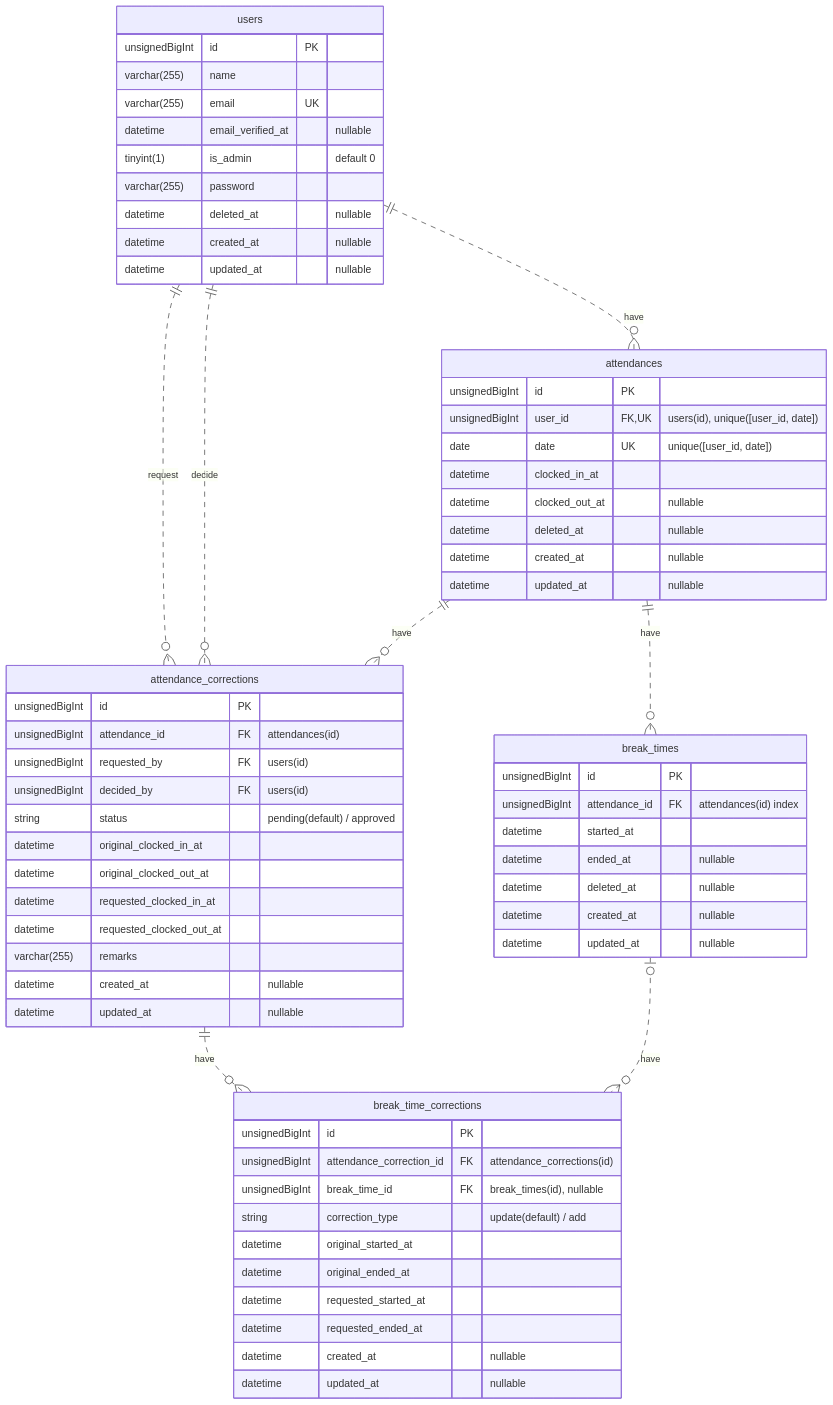
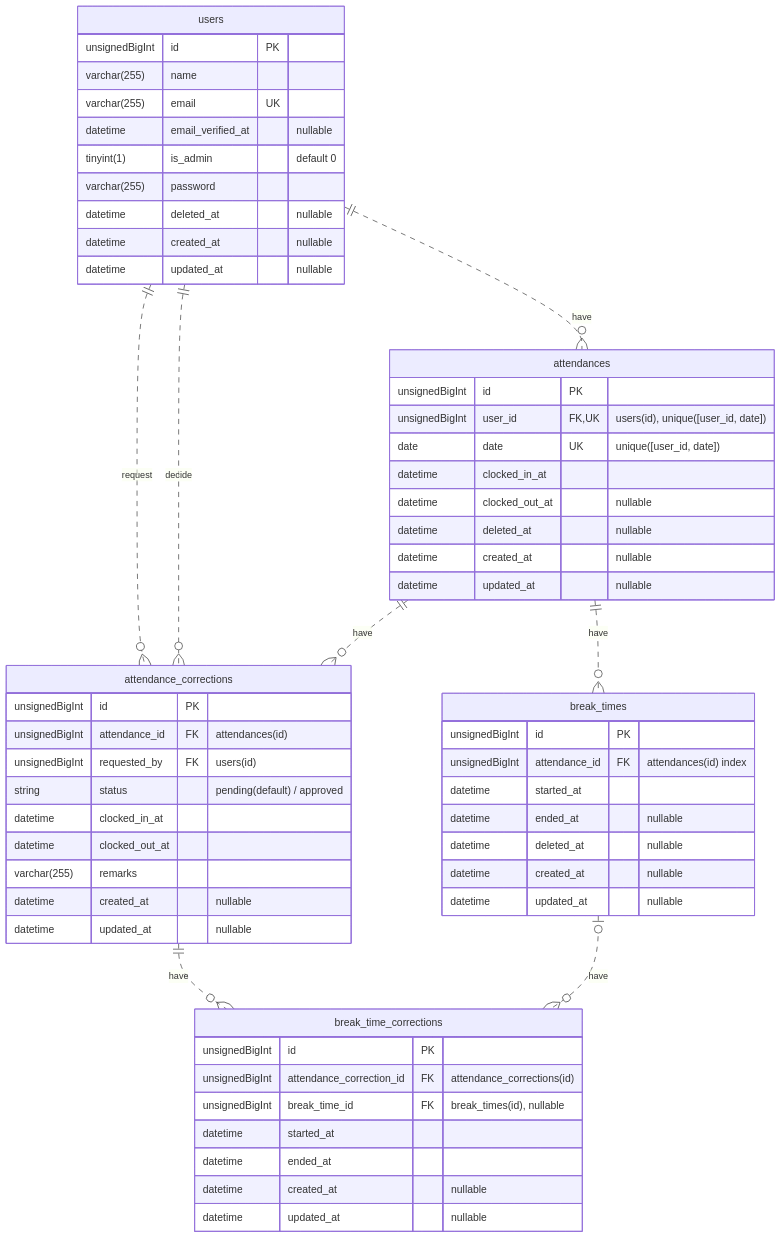
The diagram in README.md (sangwon-lee302/time-and-attendance), drawn with Mermaid before and after one commit. The commit also changed 8 other files, not shown here.

````diff
--- a/README.md
+++ b/README.md
@@ -31,71 +31,65 @@
 ```mermaid
 erDiagram
     users ||..o{ attendances: "have"
     users ||..o{ attendance_corrections: "request"
     users ||..o{ attendance_corrections: "decide"
     attendances ||..o{ break_times: "have"
     attendances ||..o{ attendance_corrections: "have"
     attendance_corrections ||..o{ break_time_corrections: "have"
     break_times |o..o{ break_time_corrections: "have"
 
     users {
         unsignedBigInt id PK
         varchar(255) name
         varchar(255) email UK
         datetime email_verified_at "nullable"
         tinyint(1) is_admin "default 0"
         varchar(255) password
         datetime deleted_at "nullable"
         datetime created_at "nullable"
         datetime updated_at "nullable"
     }
 
     attendances {
         unsignedBigInt id PK
         unsignedBigInt user_id FK, UK "users(id), unique([user_id, date])"
         date date UK "unique([user_id, date])"
         datetime clocked_in_at
         datetime clocked_out_at "nullable"
         datetime deleted_at "nullable"
         datetime created_at "nullable"
         datetime updated_at "nullable"
     }
 
     break_times {
         unsignedBigInt id PK
         unsignedBigInt attendance_id FK "attendances(id) index"
         datetime started_at
         datetime ended_at "nullable"
         datetime deleted_at "nullable"
         datetime created_at "nullable"
         datetime updated_at "nullable"
     }
 
     attendance_corrections {
         unsignedBigInt id PK
         unsignedBigInt attendance_id FK "attendances(id)"
         unsignedBigInt requested_by FK "users(id)"
-        unsignedBigInt decided_by FK "users(id)"
         string status "pending(default) / approved"
-        datetime original_clocked_in_at
-        datetime original_clocked_out_at
-        datetime requested_clocked_in_at
-        datetime requested_clocked_out_at
+        datetime clocked_in_at
+        datetime clocked_out_at
         varchar(255) remarks
         datetime created_at "nullable"
         datetime updated_at "nullable"
     }
 
     break_time_corrections {
         unsignedBigInt id PK
         unsignedBigInt attendance_correction_id FK "attendance_corrections(id)"
         unsignedBigInt break_time_id FK "break_times(id), nullable"
-        string correction_type "update(default) / add"
-        datetime original_started_at
-        datetime original_ended_at
-        datetime requested_started_at
-        datetime requested_ended_at
+        datetime started_at
+        datetime ended_at
         datetime created_at "nullable"
         datetime updated_at "nullable"
     }
 ```
````
